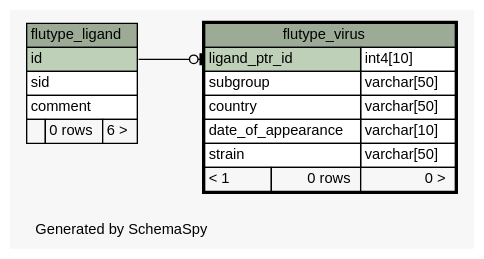
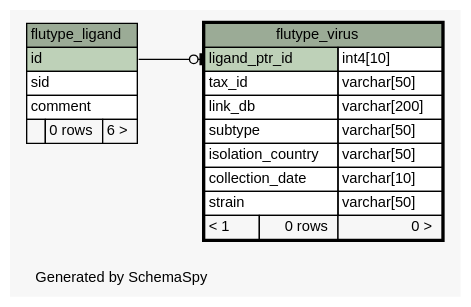
One commit to janekg89/flutype_webapp changed the diagram in docs/schema/diagrams/flutype_virus.1degree.dot. Above: the diagram before and after it, drawn with Graphviz. The commit also changed 127 other files, not shown here.

Commit message:
latest schema generated

```diff
--- a/docs/schema/diagrams/flutype_virus.1degree.dot
+++ b/docs/schema/diagrams/flutype_virus.1degree.dot
@@ -1,49 +1,51 @@
 // dot 2.38.0 on Linux 4.4.0-89-generic
 // SchemaSpy rev 590
 digraph "oneDegreeRelationshipsDiagram" {
   graph [
     rankdir="RL"
     bgcolor="#f7f7f7"
     label="\nGenerated by SchemaSpy"
     labeljust="l"
     nodesep="0.18"
     ranksep="0.46"
     fontname="Helvetica"
     fontsize="11"
   ];
   node [
     fontname="Helvetica"
     fontsize="11"
     shape="plaintext"
   ];
   edge [
     arrowsize="0.8"
   ];
   "flutype_virus":"ligand_ptr_id":w -> "flutype_ligand":"id":e [arrowhead=none dir=back arrowtail=teeodot];
   "flutype_ligand" [
     label=<
     <TABLE BORDER="0" CELLBORDER="1" CELLSPACING="0" BGCOLOR="#ffffff">
       <TR><TD COLSPAN="3" BGCOLOR="#9bab96" ALIGN="CENTER">flutype_ligand</TD></TR>
       <TR><TD PORT="id" COLSPAN="3" BGCOLOR="#bed1b8" ALIGN="LEFT">id</TD></TR>
       <TR><TD PORT="sid" COLSPAN="3" ALIGN="LEFT">sid</TD></TR>
       <TR><TD PORT="comment" COLSPAN="3" ALIGN="LEFT">comment</TD></TR>
       <TR><TD ALIGN="LEFT" BGCOLOR="#f7f7f7">  </TD><TD ALIGN="RIGHT" BGCOLOR="#f7f7f7">0 rows</TD><TD ALIGN="RIGHT" BGCOLOR="#f7f7f7">6 &gt;</TD></TR>
     </TABLE>>
     URL="flutype_ligand.html"
     tooltip="flutype_ligand"
   ];
   "flutype_virus" [
     label=<
     <TABLE BORDER="2" CELLBORDER="1" CELLSPACING="0" BGCOLOR="#ffffff">
       <TR><TD COLSPAN="3" BGCOLOR="#9bab96" ALIGN="CENTER">flutype_virus</TD></TR>
       <TR><TD PORT="ligand_ptr_id" COLSPAN="2" BGCOLOR="#bed1b8" ALIGN="LEFT">ligand_ptr_id</TD><TD PORT="ligand_ptr_id.type" ALIGN="LEFT">int4[10]</TD></TR>
-      <TR><TD PORT="subgroup" COLSPAN="2" ALIGN="LEFT">subgroup</TD><TD PORT="subgroup.type" ALIGN="LEFT">varchar[50]</TD></TR>
-      <TR><TD PORT="country" COLSPAN="2" ALIGN="LEFT">country</TD><TD PORT="country.type" ALIGN="LEFT">varchar[50]</TD></TR>
-      <TR><TD PORT="date_of_appearance" COLSPAN="2" ALIGN="LEFT">date_of_appearance</TD><TD PORT="date_of_appearance.type" ALIGN="LEFT">varchar[10]</TD></TR>
+      <TR><TD PORT="tax_id" COLSPAN="2" ALIGN="LEFT">tax_id</TD><TD PORT="tax_id.type" ALIGN="LEFT">varchar[50]</TD></TR>
+      <TR><TD PORT="link_db" COLSPAN="2" ALIGN="LEFT">link_db</TD><TD PORT="link_db.type" ALIGN="LEFT">varchar[200]</TD></TR>
+      <TR><TD PORT="subtype" COLSPAN="2" ALIGN="LEFT">subtype</TD><TD PORT="subtype.type" ALIGN="LEFT">varchar[50]</TD></TR>
+      <TR><TD PORT="isolation_country" COLSPAN="2" ALIGN="LEFT">isolation_country</TD><TD PORT="isolation_country.type" ALIGN="LEFT">varchar[50]</TD></TR>
+      <TR><TD PORT="collection_date" COLSPAN="2" ALIGN="LEFT">collection_date</TD><TD PORT="collection_date.type" ALIGN="LEFT">varchar[10]</TD></TR>
       <TR><TD PORT="strain" COLSPAN="2" ALIGN="LEFT">strain</TD><TD PORT="strain.type" ALIGN="LEFT">varchar[50]</TD></TR>
       <TR><TD ALIGN="LEFT" BGCOLOR="#f7f7f7">&lt; 1</TD><TD ALIGN="RIGHT" BGCOLOR="#f7f7f7">0 rows</TD><TD ALIGN="RIGHT" BGCOLOR="#f7f7f7">0 &gt;</TD></TR>
     </TABLE>>
     URL="flutype_virus.html"
     tooltip="flutype_virus"
   ];
 }
```
